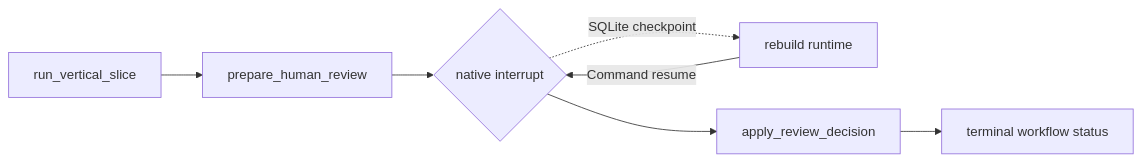
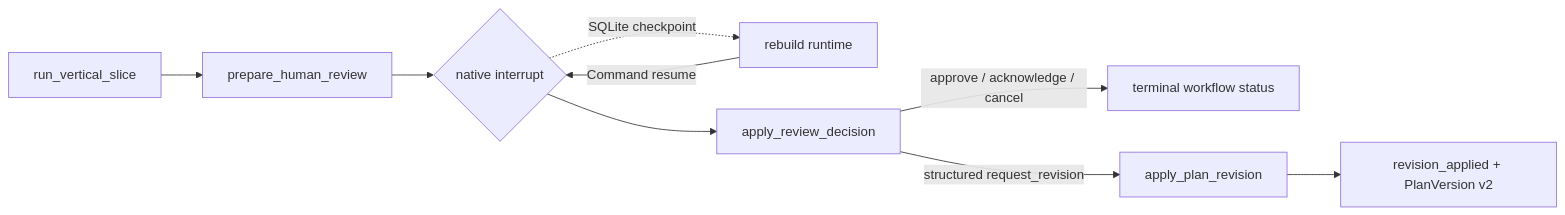
Before and after one commit to yemingc/EzTrip: the diagram in docs/planning/stateful-checkpoint-hitl.md, drawn with Mermaid. The commit also changed other lines of this file and 26 other files, not shown here.

Commit message:
feat: add structured plan revision v2 (#26)

````diff
--- a/docs/planning/stateful-checkpoint-hitl.md
+++ b/docs/planning/stateful-checkpoint-hitl.md
@@ -5,9 +5,11 @@
 ```mermaid
 flowchart LR
     A[run_vertical_slice] --> B[prepare_human_review]
     B --> C{native interrupt}
     C -. SQLite checkpoint .-> R[rebuild runtime]
     R -->|Command resume| C
     C --> D[apply_review_decision]
-    D --> E[terminal workflow status]
+    D -->|approve / acknowledge / cancel| E[terminal workflow status]
+    D -->|structured request_revision| F[apply_plan_revision]
+    F --> G[revision_applied + PlanVersion v2]
 ```
````
